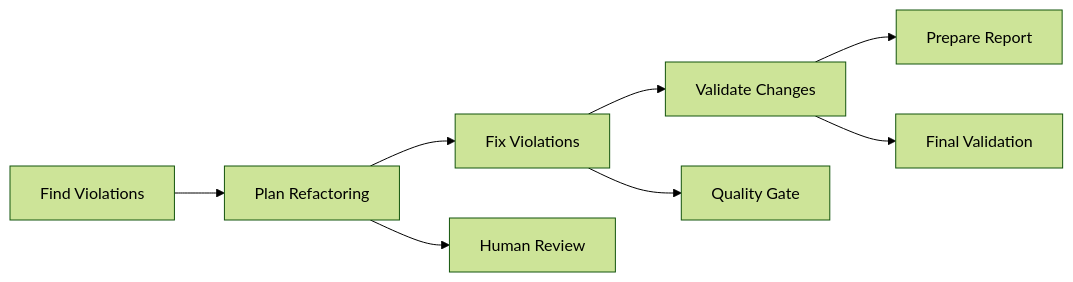
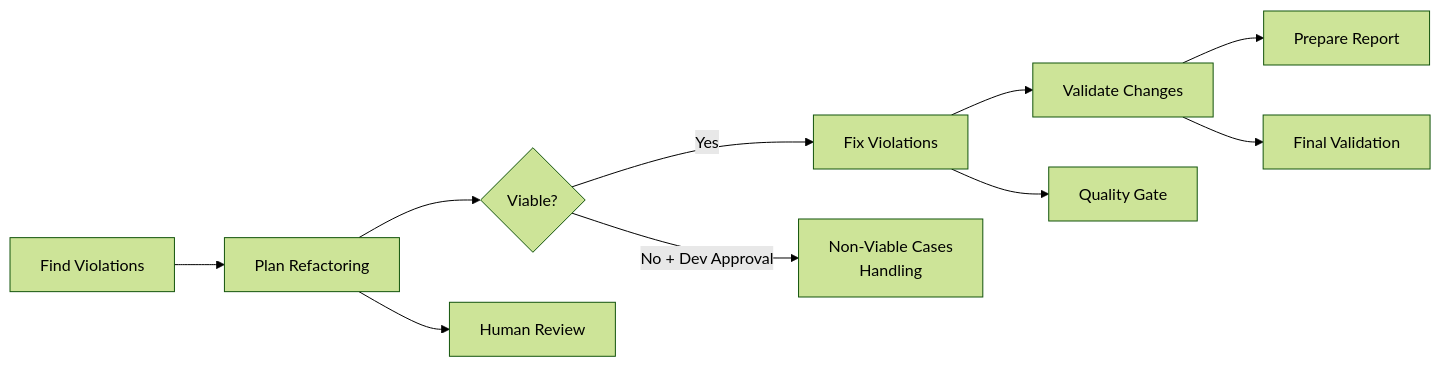
Before and after one commit to push-based/angular-toolkit-mcp: the second of 2 diagrams in docs/README.md, drawn with Mermaid (forest theme). The commit also changed other lines of this file and 6 other files, not shown here.

Commit message:
feat(): add non-viable handling

````diff
--- a/docs/README.md
+++ b/docs/README.md
@@ -55,7 +56,9 @@
 ```mermaid
 graph LR
-    A[Find Violations] --> B[Plan Refactoring] --> C[Fix Violations] --> D[Validate Changes] --> E[Prepare Report]
+    A[Find Violations] --> B[Plan Refactoring] --> B1{Viable?}
     B --> F[Human Review]
+    B1 -->|Yes| C[Fix Violations] --> D[Validate Changes] --> E[Prepare Report]
+    B1 -->|No + Dev Approval| B2[Non-Viable Cases<br/>Handling]
     C --> G[Quality Gate]
     D --> H[Final Validation]
 ```
````
